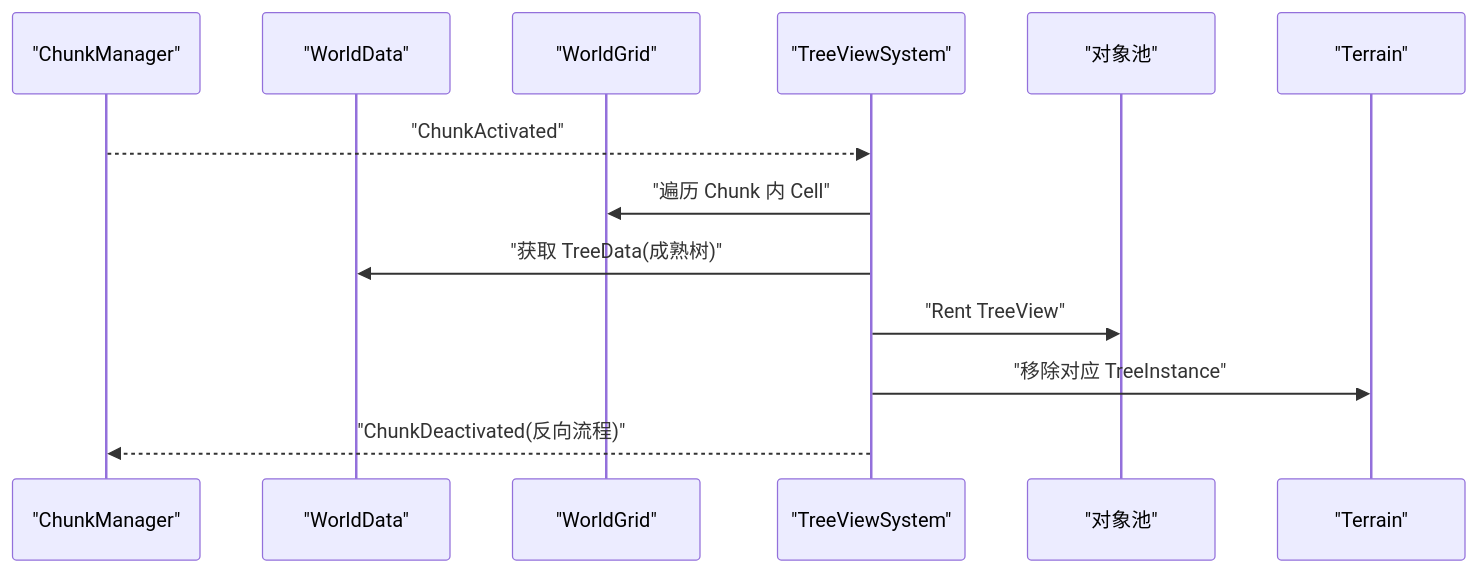
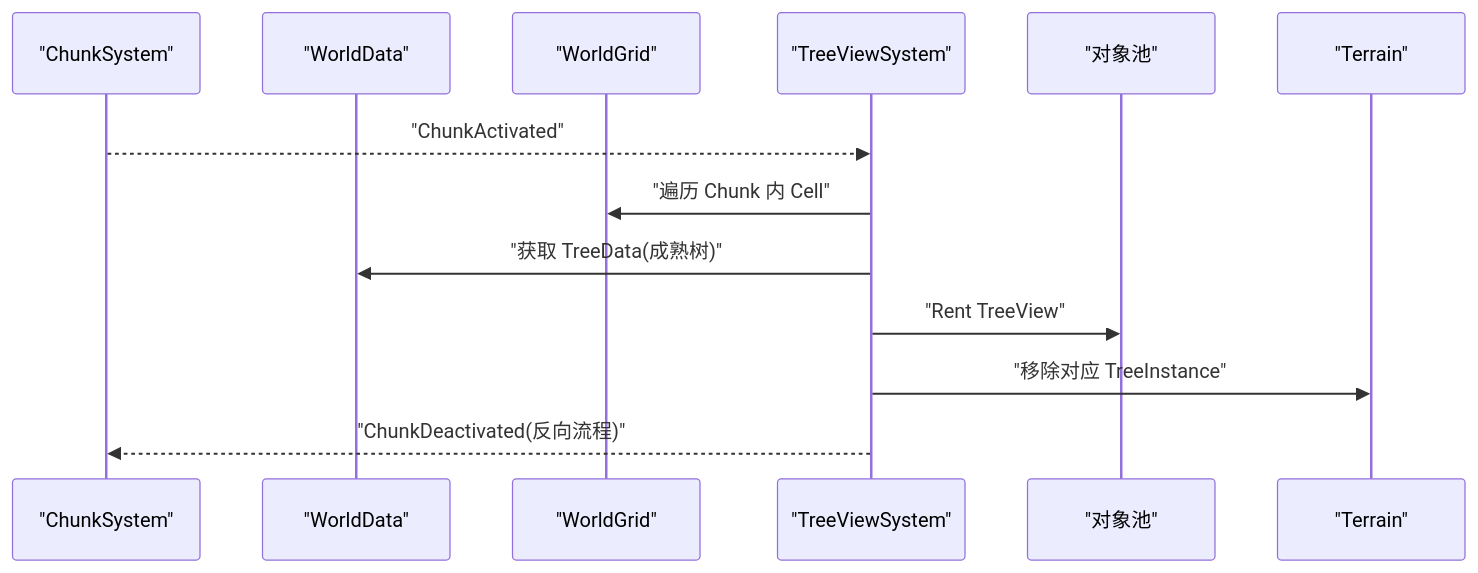
Before and after one commit to MOYVSH/SimulationClient: the sixth of 10 diagrams in .qoder/repowiki/zh/content/核心系统/世界网格系统.md, drawn with Mermaid. The commit also changed other lines of this file and 3095 other files, not shown here.

````diff
--- a/.qoder/repowiki/zh/content/核心系统/世界网格系统.md
+++ b/.qoder/repowiki/zh/content/核心系统/世界网格系统.md
@@ -225,15 +297,15 @@
 ```mermaid
 sequenceDiagram
-participant CM as "ChunkManager"
+participant CS as "ChunkSystem"
 participant WD as "WorldData"
 participant WG as "WorldGrid"
 participant TVS as "TreeViewSystem"
 participant POOL as "对象池"
 participant TERR as "Terrain"
-CM-->>TVS : "ChunkActivated"
+CS-->>TVS : "ChunkActivated"
 TVS->>WG : "遍历 Chunk 内 Cell"
 TVS->>WD : "获取 TreeData(成熟树)"
 TVS->>POOL : "Rent TreeView"
 TVS->>TERR : "移除对应 TreeInstance"
-TVS-->>CM : "ChunkDeactivated(反向流程)"
+TVS-->>CS : "ChunkDeactivated(反向流程)"
 ```
````
